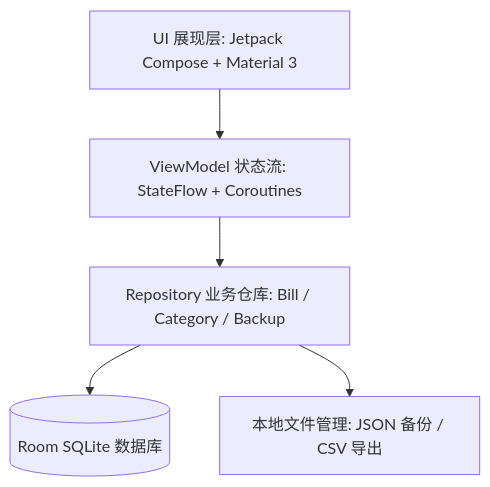
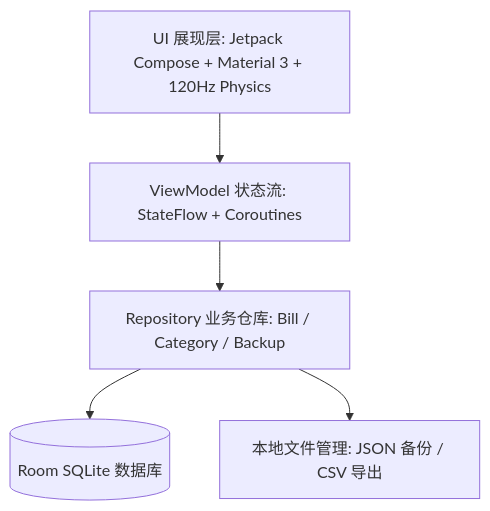
The diagram in README.md (yugusu704-lang/bill-recording), drawn with Mermaid before and after one commit. The commit also changed other lines of this file and 28 other files, not shown here.

````diff
--- a/README.md
+++ b/README.md
@@ -36,7 +37,7 @@
 ```mermaid
 graph TD
-    UI[UI 展现层: Jetpack Compose + Material 3] --> VM[ViewModel 状态流: StateFlow + Coroutines]
+    UI[UI 展现层: Jetpack Compose + Material 3 + 120Hz Physics] --> VM[ViewModel 状态流: StateFlow + Coroutines]
     VM --> Repos[Repository 业务仓库: Bill / Category / Backup]
     Repos --> DB[(Room SQLite 数据库)]
     Repos --> Files[本地文件管理: JSON 备份 / CSV 导出]
 ```
````
